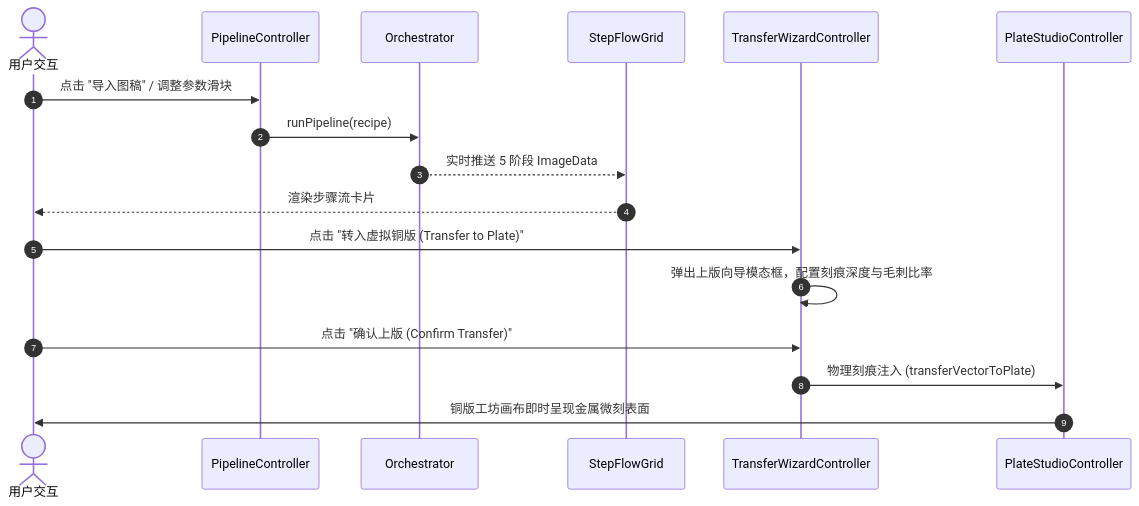
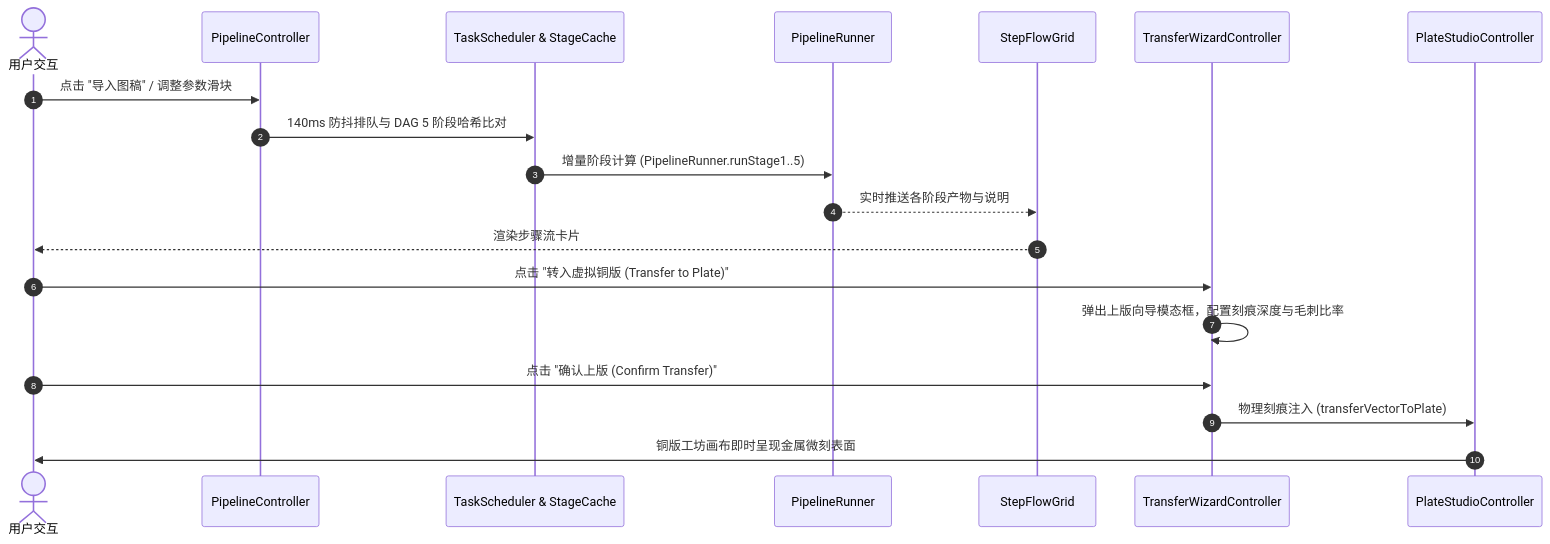
The second of 2 diagrams in src/ui/controllers/docs/ARCHITECTURE.md (gongzhimin/Etchloom), drawn with Mermaid before and after one commit. The commit also changed other lines of this file and 16 other files, not shown here.

````diff
--- a/src/ui/controllers/docs/ARCHITECTURE.md
+++ b/src/ui/controllers/docs/ARCHITECTURE.md
@@ -36,21 +38,23 @@
 ```mermaid
 sequenceDiagram
     autonumber
     actor User as 用户交互
     participant PC as PipelineController
-    participant Orch as Orchestrator
+    participant Sched as TaskScheduler & StageCache
+    participant Runner as PipelineRunner
     participant Grid as StepFlowGrid
     participant TW as TransferWizardController
     participant PS as PlateStudioController
 
     User->>PC: 点击 "导入图稿" / 调整参数滑块
-    PC->>Orch: runPipeline(recipe)
-    Orch-->>Grid: 实时推送 5 阶段 ImageData
+    PC->>Sched: 140ms 防抖排队与 DAG 5 阶段哈希比对
+    Sched->>Runner: 增量阶段计算 (PipelineRunner.runStage1..5)
+    Runner-->>Grid: 实时推送各阶段产物与说明
     Grid-->>User: 渲染步骤流卡片
 
     User->>TW: 点击 "转入虚拟铜版 (Transfer to Plate)"
     TW->>TW: 弹出上版向导模态框，配置刻痕深度与毛刺比率
     User->>TW: 点击 "确认上版 (Confirm Transfer)"
     TW->>PS: 物理刻痕注入 (transferVectorToPlate)
     PS->>User: 铜版工坊画布即时呈现金属微刻表面
 ```
````
